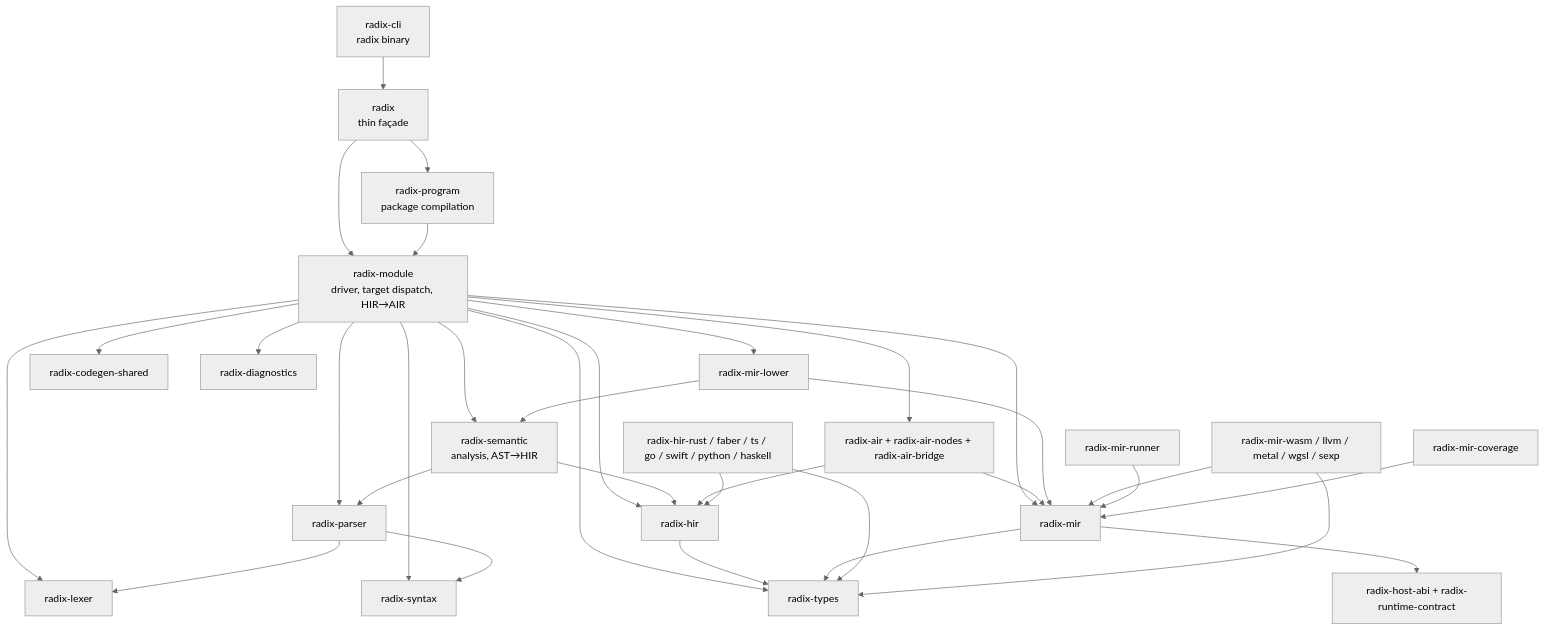
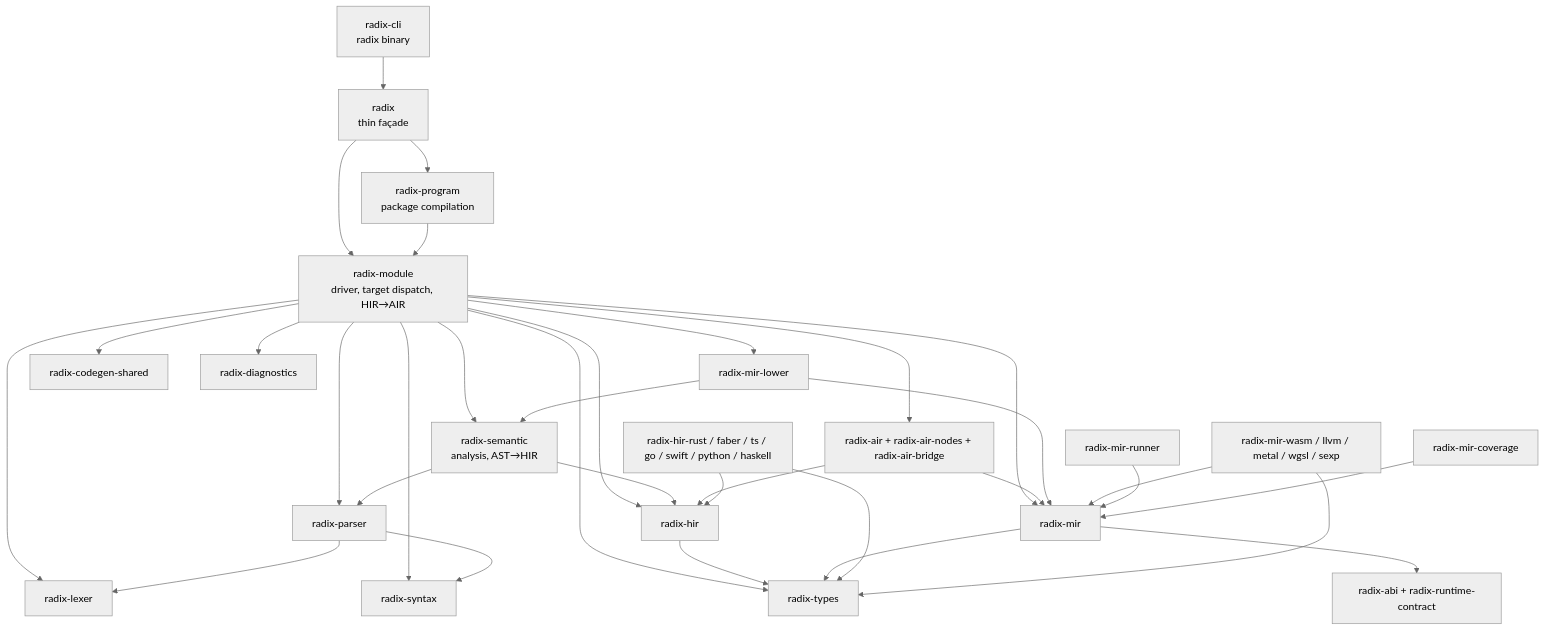
Before and after one commit to faberlang/faberlang.dev: the third of 10 diagrams in src/en-US/toolchain/radix.md, drawn with Mermaid (neutral theme). The commit also changed other lines of this file and 22 other files, not shown here.

````diff
--- a/src/en-US/toolchain/radix.md
+++ b/src/en-US/toolchain/radix.md
@@ -188,58 +191,58 @@
 ```mermaid
 flowchart TB
     Facade["radix\nthin façade"]
     Module["radix-module\ndriver, target dispatch, HIR→AIR"]
     Program["radix-program\npackage compilation"]
     CLI["radix-cli\nradix binary"]
 
     Lexer["radix-lexer"]
     Syntax["radix-syntax"]
     Parser["radix-parser"]
     Types["radix-types"]
     HIR["radix-hir"]
     Semantic["radix-semantic\nanalysis, AST→HIR"]
     AIR["radix-air + radix-air-nodes + radix-air-bridge"]
     MIR["radix-mir"]
     MIRLower["radix-mir-lower"]
     Shared["radix-codegen-shared"]
     Diagnostics["radix-diagnostics"]
 
     HIRBackends["radix-hir-rust / faber / ts / go / swift / python / haskell"]
     MIRBackends["radix-mir-wasm / llvm / metal / wgsl / sexp"]
     Runner["radix-mir-runner"]
     Coverage["radix-mir-coverage"]
-    ABI["radix-host-abi + radix-runtime-contract"]
+    ABI["radix-abi + radix-runtime-contract"]
 
     CLI --> Facade
     Facade --> Module
     Facade --> Program
     Program --> Module
     Module --> Semantic
     Module --> Lexer
     Module --> Syntax
     Module --> Parser
     Module --> Types
     Module --> HIR
     Module --> AIR
     Module --> MIR
     Module --> MIRLower
     Module --> Shared
     Module --> Diagnostics
     Semantic --> Parser
     Semantic --> HIR
     Parser --> Lexer
     Parser --> Syntax
     HIR --> Types
     AIR --> HIR
     AIR --> MIR
     MIR --> Types
     MIRLower --> MIR
     MIRLower --> Semantic
     HIRBackends --> HIR
     HIRBackends --> Types
     MIRBackends --> MIR
     MIRBackends --> Types
     Runner --> MIR
     Coverage --> MIR
     MIR --> ABI
 ```
````
